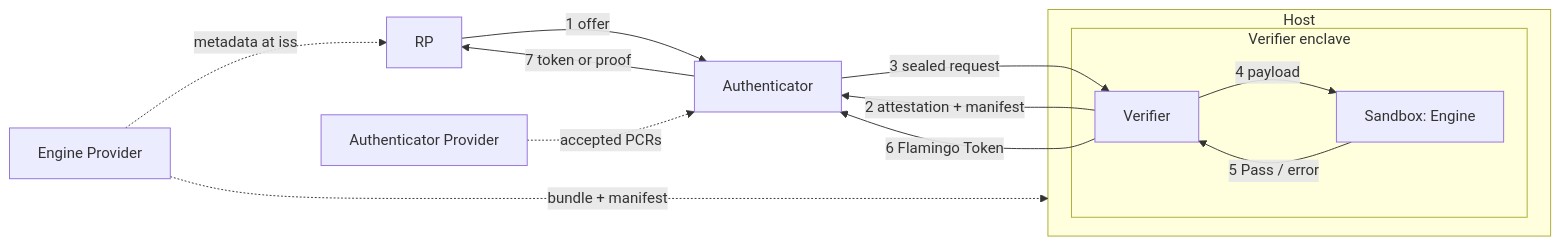
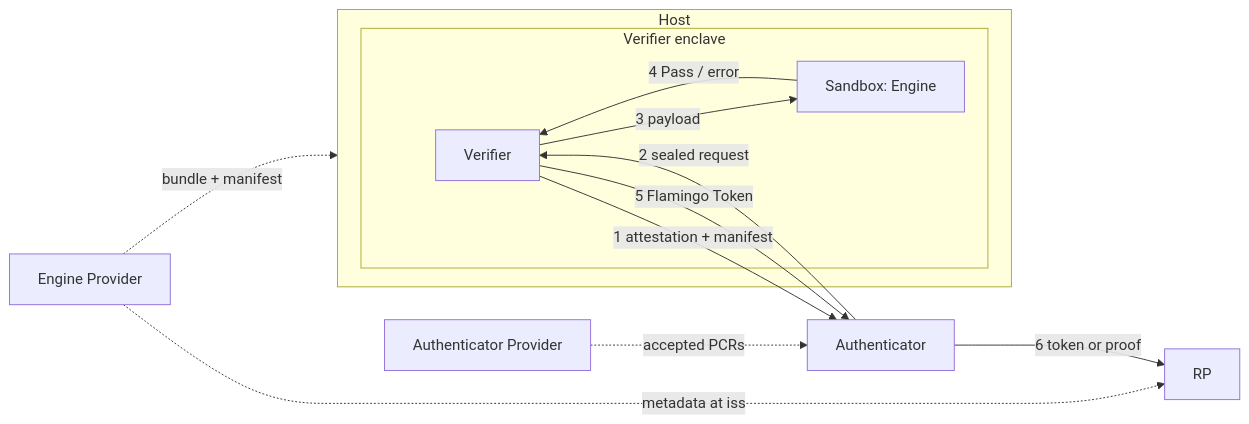
The diagram in docs/WIPs/wip-201.md (worldcoin/world-id-protocol), drawn with Mermaid before and after one commit. The commit also changed other lines of this file, not shown here.

Commit message:
docs: leave the RP request to consuming protocols in WIP-201

````diff
--- a/docs/WIPs/wip-201.md
+++ b/docs/WIPs/wip-201.md
@@ -30,17 +30,16 @@
 ```mermaid
 flowchart LR
   EP[Engine Provider] -.->|bundle + manifest| Host
   EP -.->|metadata at iss| RP
   AP[Authenticator Provider] -.->|accepted PCRs| A[Authenticator]
   subgraph Host
     subgraph Enclave[Verifier enclave]
-      V[Verifier] -->|4 payload| S[Sandbox: Engine]
-      S -->|5 Pass / error| V
+      V[Verifier] -->|3 payload| S[Sandbox: Engine]
+      S -->|4 Pass / error| V
     end
   end
-  RP -->|1 offer| A
-  V -->|2 attestation + manifest| A
-  A -->|3 sealed request| V
-  V -->|6 Flamingo Token| A
-  A -->|7 token or proof| RP
+  V -->|1 attestation + manifest| A
+  A -->|2 sealed request| V
+  V -->|5 Flamingo Token| A
+  A -->|6 token or proof| RP
 ```
````
